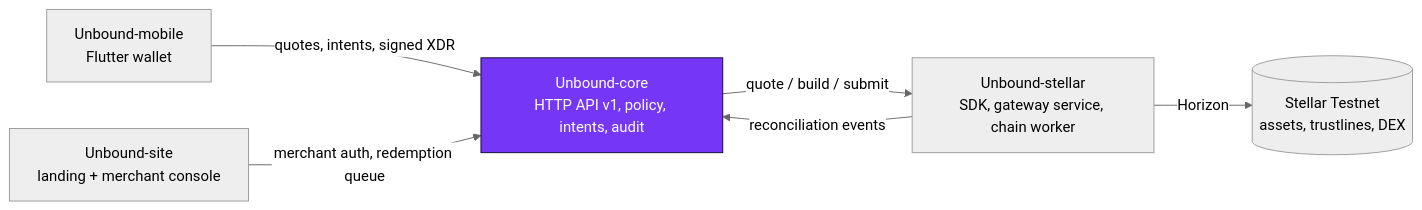
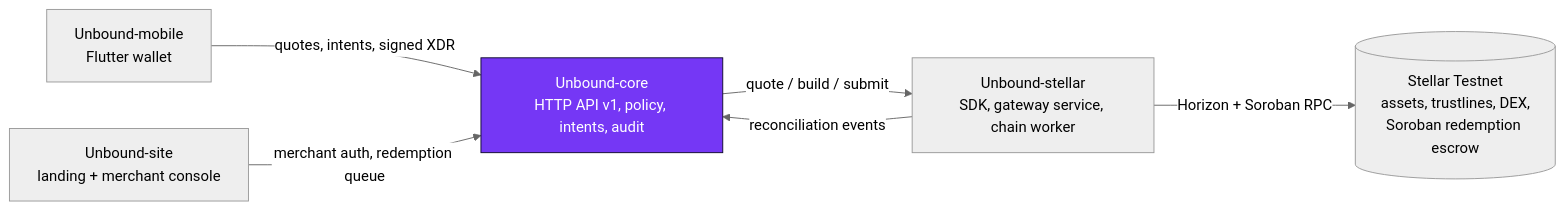
One commit to Unbound224/Unbound-core changed the diagram in README.md. Above: the diagram before and after it, drawn with Mermaid (neutral theme). The commit also changed other lines of this file and 22 other files, not shown here.

````diff
--- a/README.md
+++ b/README.md
@@ -43,14 +49,14 @@
 ```mermaid
 flowchart LR
   M["Unbound-mobile<br/>Flutter wallet"]
   S["Unbound-site<br/>landing + merchant console"]
   C["Unbound-core<br/>HTTP API v1, policy, intents, audit"]
   G["Unbound-stellar<br/>SDK, gateway service, chain worker"]
-  N[("Stellar Testnet<br/>assets, trustlines, DEX")]
+  N[("Stellar Testnet<br/>assets, trustlines, DEX,<br/>Soroban redemption escrow")]
   M -- "quotes, intents, signed XDR" --> C
   S -- "merchant auth, redemption queue" --> C
   C -- "quote / build / submit" --> G
-  G -- "Horizon" --> N
+  G -- "Horizon + Soroban RPC" --> N
   G -- "reconciliation events" --> C
   style C fill:#7537F5,stroke:#10092E,color:#ffffff
 ```
````
